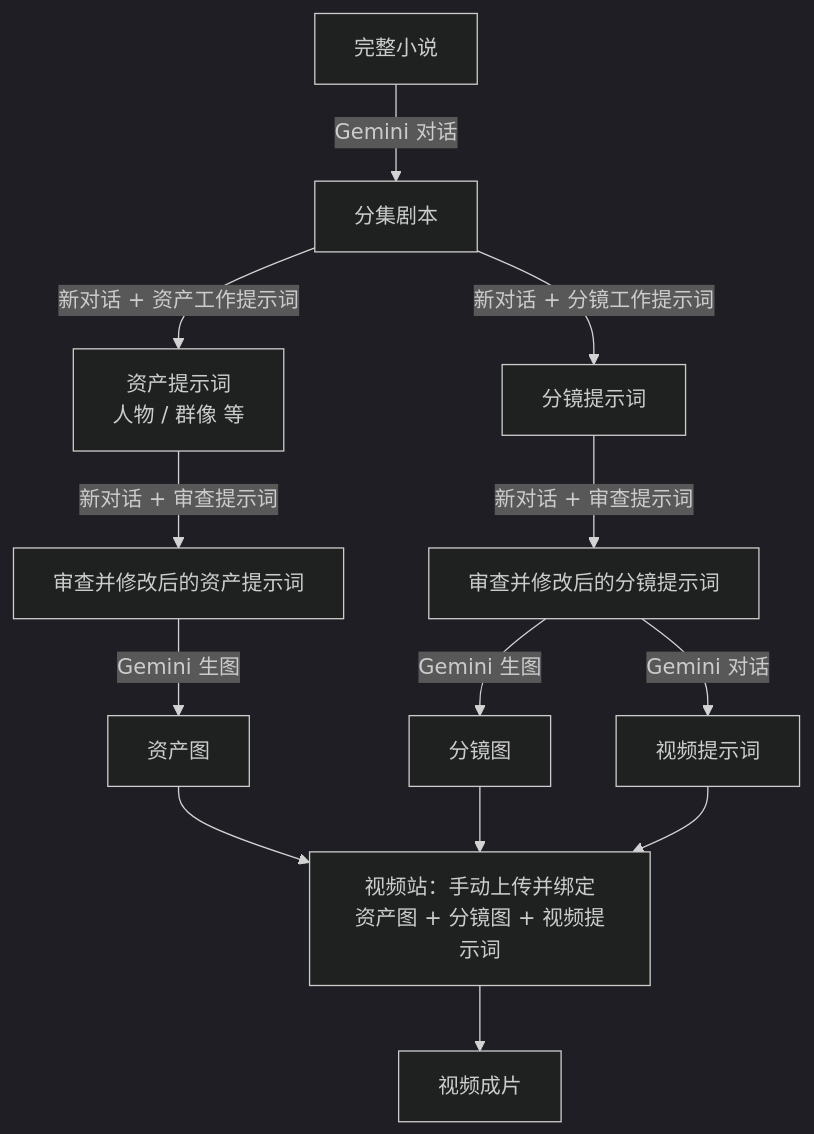
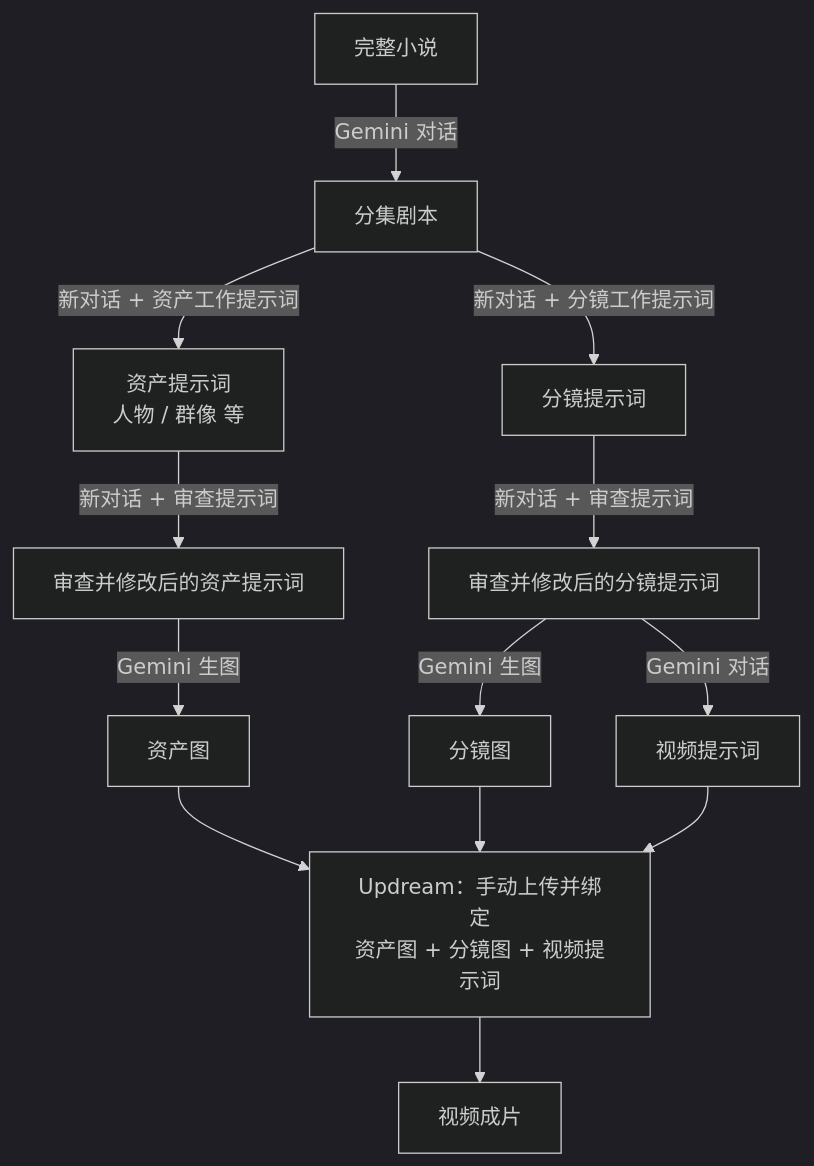
Before and after one commit to 76776198xiong-stack/duanju-workflow: the diagram in docs/01-现有工作流.md, drawn with Mermaid (dark theme). The commit also changed other lines of this file and 6 other files, not shown here.

````diff
--- a/docs/01-现有工作流.md
+++ b/docs/01-现有工作流.md
@@ -12,15 +12,15 @@
 ```mermaid
 flowchart TD
     A[完整小说] -->|Gemini 对话| B[分集剧本]
     B -->|新对话 + 分镜工作提示词| C[分镜提示词]
     B -->|新对话 + 资产工作提示词| D[资产提示词<br>人物 / 群像 等]
     C -->|新对话 + 审查提示词| C2[审查并修改后的分镜提示词]
     D -->|新对话 + 审查提示词| D2[审查并修改后的资产提示词]
     D2 -->|Gemini 生图| E[资产图]
     C2 -->|Gemini 生图| F[分镜图]
     C2 -->|Gemini 对话| G[视频提示词]
-    E --> H[视频站：手动上传并绑定<br>资产图 + 分镜图 + 视频提示词]
+    E --> H[Updream：手动上传并绑定<br>资产图 + 分镜图 + 视频提示词]
     F --> H
     G --> H
     H --> I[视频成片]
 ```
````
